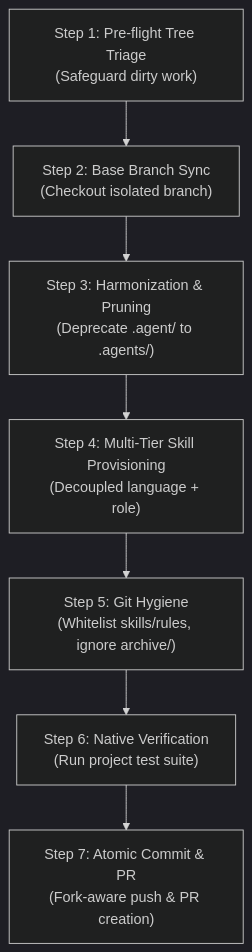
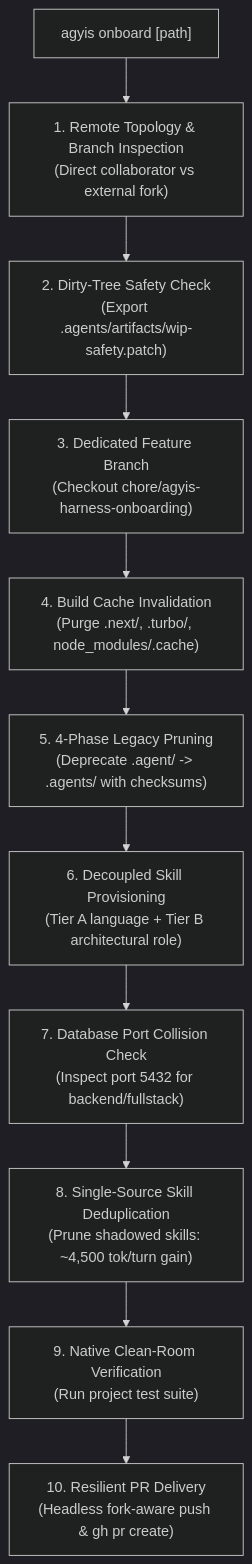
The diagram in docs/runbooks/repo-onboarding.md (kuasha420/agyis-harness), drawn with Mermaid (dark theme) before and after one commit. The commit also changed other lines of this file and 16 other files, not shown here.

````diff
--- a/docs/runbooks/repo-onboarding.md
+++ b/docs/runbooks/repo-onboarding.md
@@ -43,9 +43,13 @@
 ```mermaid
 flowchart TD
-    Step1["Step 1: Pre-flight Tree Triage\n(Safeguard dirty work)"] --> Step2["Step 2: Base Branch Sync\n(Checkout isolated branch)"]
-    Step2 --> Step3["Step 3: Harmonization & Pruning\n(Deprecate .agent/ to .agents/)"]
-    Step3 --> Step4["Step 4: Multi-Tier Skill Provisioning\n(Decoupled language + role)"]
-    Step4 --> Step5["Step 5: Git Hygiene\n(Whitelist skills/rules, ignore archive/)"]
-    Step5 --> Step6["Step 6: Native Verification\n(Run project test suite)"]
-    Step6 --> Step7["Step 7: Atomic Commit & PR\n(Fork-aware push & PR creation)"]
+    Start["agyis onboard [path]"] --> Probe["1. Remote Topology & Branch Inspection\n(Direct collaborator vs external fork)"]
+    Probe --> Safety["2. Dirty-Tree Safety Check\n(Export .agents/artifacts/wip-safety.patch)"]
+    Safety --> Branch["3. Dedicated Feature Branch\n(Checkout chore/agyis-harness-onboarding)"]
+    Branch --> Cache["4. Build Cache Invalidation\n(Purge .next/, .turbo/, node_modules/.cache)"]
+    Cache --> Harm["5. 4-Phase Legacy Pruning\n(Deprecate .agent/ -> .agents/ with checksums)"]
+    Harm --> Skills["6. Decoupled Skill Provisioning\n(Tier A language + Tier B architectural role)"]
+    Skills --> DB["7. Database Port Collision Check\n(Inspect port 5432 for backend/fullstack)"]
+    DB --> Dedup["8. Single-Source Skill Deduplication\n(Prune shadowed skills: ~4,500 tok/turn gain)"]
+    Dedup --> Verify["9. Native Clean-Room Verification\n(Run project test suite)"]
+    Verify --> PR["10. Resilient PR Delivery\n(Headless fork-aware push & gh pr create)"]
 ```
````
